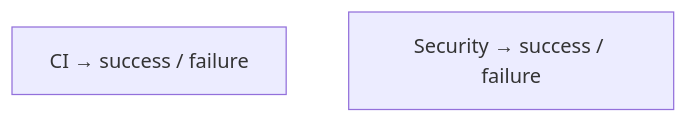
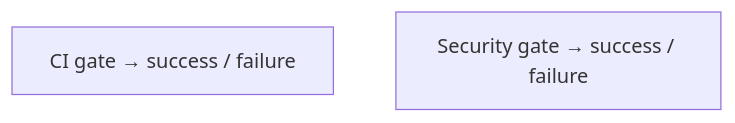
The second of 5 diagrams in docs/workflows.md (ops-lane/checks-toolkit), drawn with Mermaid before and after one commit. The commit also changed other lines of this file and 40 other files, not shown here.

````diff
--- a/docs/workflows.md
+++ b/docs/workflows.md
@@ -213,5 +245,5 @@
 ```mermaid
 flowchart TD
-    CI["CI → success / failure"]
-    Security["Security → success / failure"]
+    CI["CI gate → success / failure"]
+    Security["Security gate → success / failure"]
 ```
````
